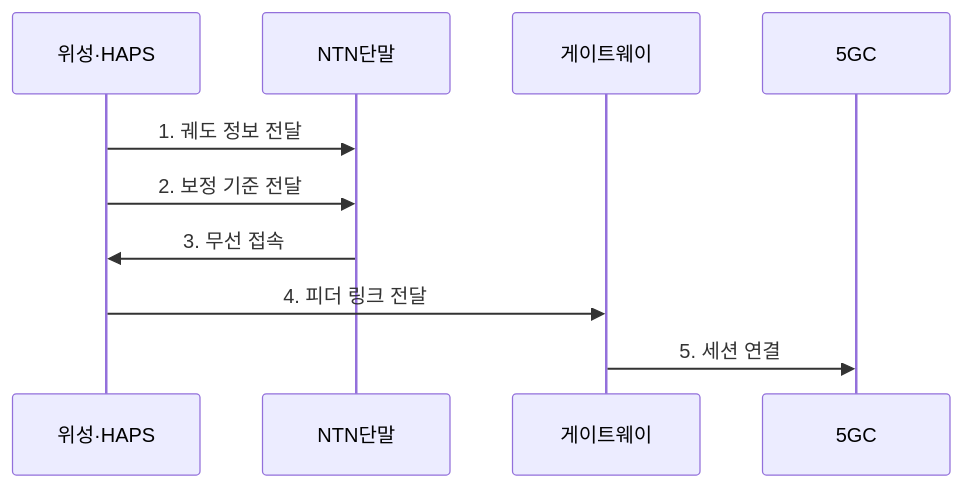
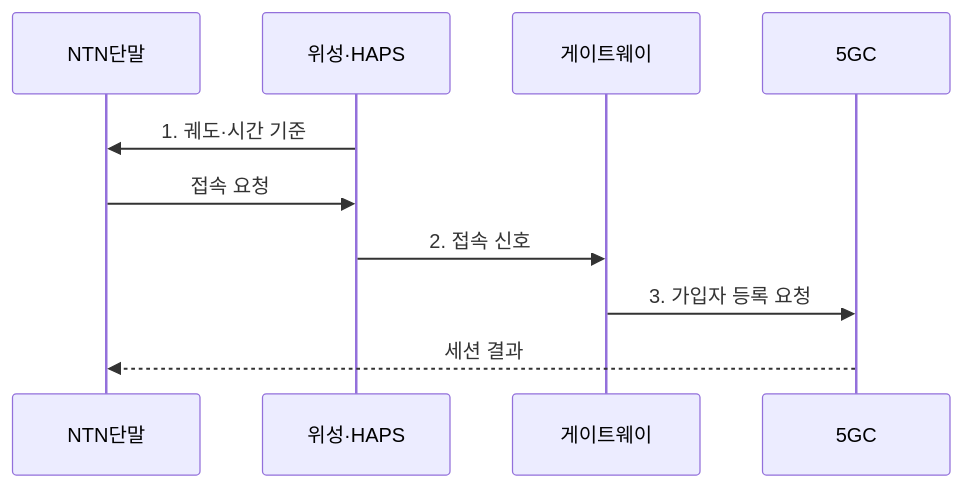
The second of 2 diagrams in src/content/docs/notes/04-network/044_non_terrestrial_network.md (agnusdei1207/knowledge-base), drawn with Mermaid before and after one commit. The commit also changed other lines of this file and 20 other files, not shown here.

````diff
--- a/src/content/docs/notes/04-network/044_non_terrestrial_network.md
+++ b/src/content/docs/notes/04-network/044_non_terrestrial_network.md
@@ -86,12 +91,12 @@
 ```mermaid
 sequenceDiagram
+    participant NTN단말
     participant 위성·HAPS
-    participant NTN단말
     participant 게이트웨이
     participant 5GC
-    위성·HAPS->>NTN단말: 1. 궤도 정보 전달
-    위성·HAPS->>NTN단말: 2. 보정 기준 전달
-    NTN단말->>위성·HAPS: 3. 무선 접속
-    위성·HAPS->>게이트웨이: 4. 피더 링크 전달
-    게이트웨이->>5GC: 5. 세션 연결
+    위성·HAPS->>NTN단말: 1. 궤도·시간 기준
+    NTN단말->>위성·HAPS: 접속 요청
+    위성·HAPS->>게이트웨이: 2. 접속 신호
+    게이트웨이->>5GC: 3. 가입자 등록 요청
+    5GC-->>NTN단말: 세션 결과
 ```
````
